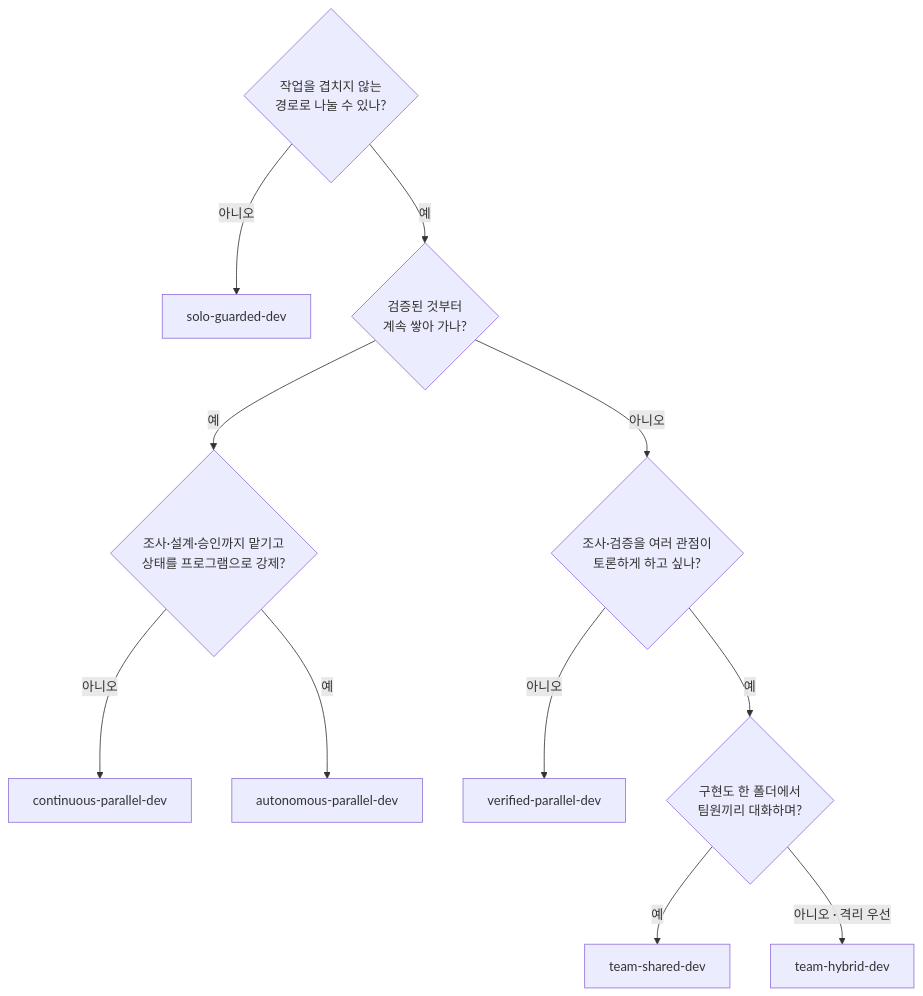
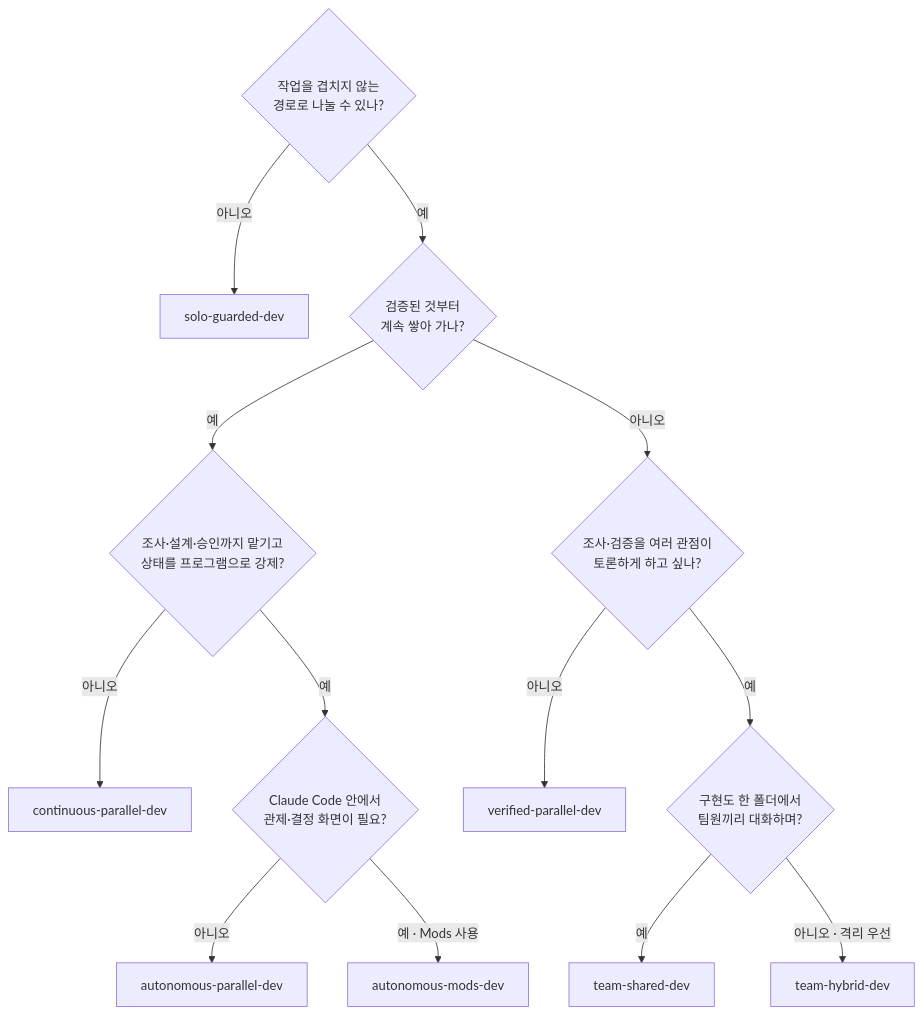
The diagram in README.md (ZaRi1l/harness-templates), drawn with Mermaid before and after one commit. The commit also changed other lines of this file and 9 other files, not shown here.

First line of the commit message:
feat(autonomous-mods): 관제 Mod autonomous-dashboard 추가

````diff
--- a/README.md
+++ b/README.md
@@ -25,13 +27,15 @@
 ```mermaid
 flowchart TD
     S{"작업을 겹치지 않는<br/>경로로 나눌 수 있나?"} -->|"아니오"| A["solo-guarded-dev"]
     S -->|"예"| P{"검증된 것부터<br/>계속 쌓아 가나?"}
     P -->|"예"| AU{"조사·설계·승인까지 맡기고<br/>상태를 프로그램으로 강제?"}
     AU -->|"아니오"| C["continuous-parallel-dev"]
-    AU -->|"예"| AP["autonomous-parallel-dev"]
+    AU -->|"예"| MO{"Claude Code 안에서<br/>관제·결정 화면이 필요?"}
+    MO -->|"아니오"| AP["autonomous-parallel-dev"]
+    MO -->|"예 · Mods 사용"| AM["autonomous-mods-dev"]
     P -->|"아니오"| Q{"조사·검증을 여러 관점이<br/>토론하게 하고 싶나?"}
     Q -->|"아니오"| V["verified-parallel-dev"]
     Q -->|"예"| R{"구현도 한 폴더에서<br/>팀원끼리 대화하며?"}
     R -->|"예"| SH["team-shared-dev"]
     R -->|"아니오 · 격리 우선"| HY["team-hybrid-dev"]
 ```
````
